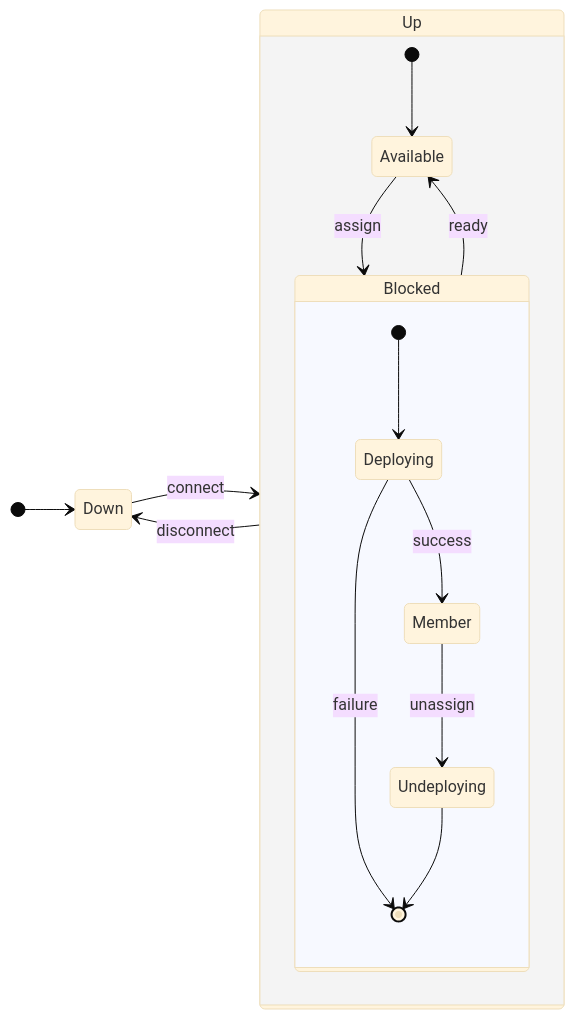
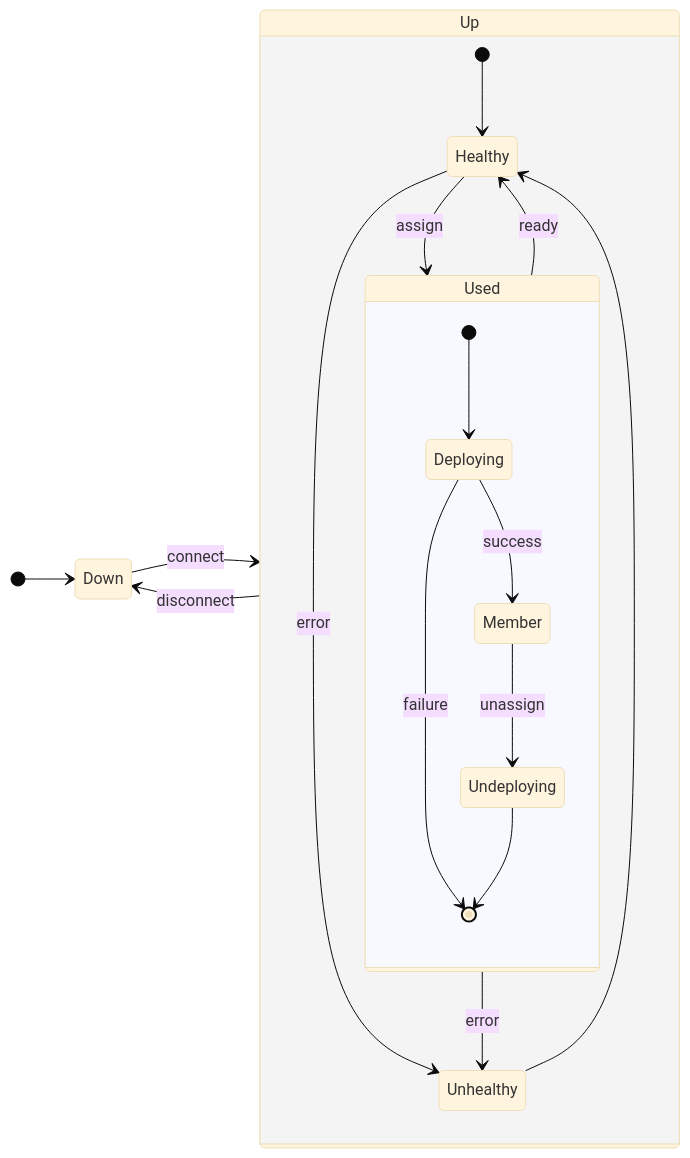
The diagram in doc/src/architecture/peer/_chapter.md (eclipse-opendut/opendut), drawn with Mermaid (base theme) before and after one commit.

Commit message:
Updated peer state diagram with a new 'unhealthy' state.

````diff
--- a/doc/src/architecture/peer/_chapter.md
+++ b/doc/src/architecture/peer/_chapter.md
@@ -5,20 +5,22 @@
 ```mermaid
 stateDiagram-v2
 direction LR
-
     [*] --> Down
     Down --> Up: connect
     Up --> Down: disconnect
     state Up {
-        [*] --> Available
-        Available --> Blocked: assign
-        Blocked --> Available: ready
-        state Blocked {
+        [*] --> Healthy
+        Healthy --> Used: assign
+        Used --> Healthy: ready
+        Used --> Unhealthy: error
+        Healthy --> Unhealthy: error
+        Unhealthy --> Healthy
+        state Used {
             [*] --> Deploying
             Deploying --> Member: success
             Deploying --> [*]: failure
             Member --> Undeploying: unassign
             Undeploying --> [*]
         }
     }
 ```
````
